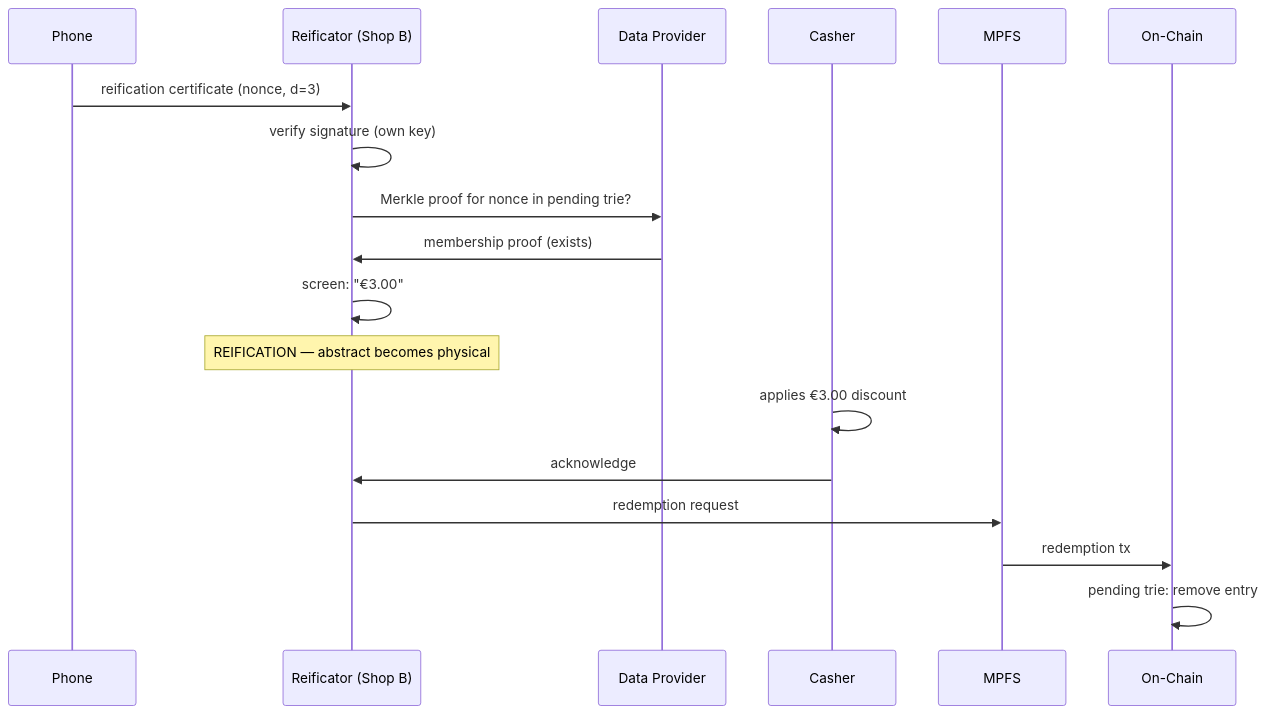
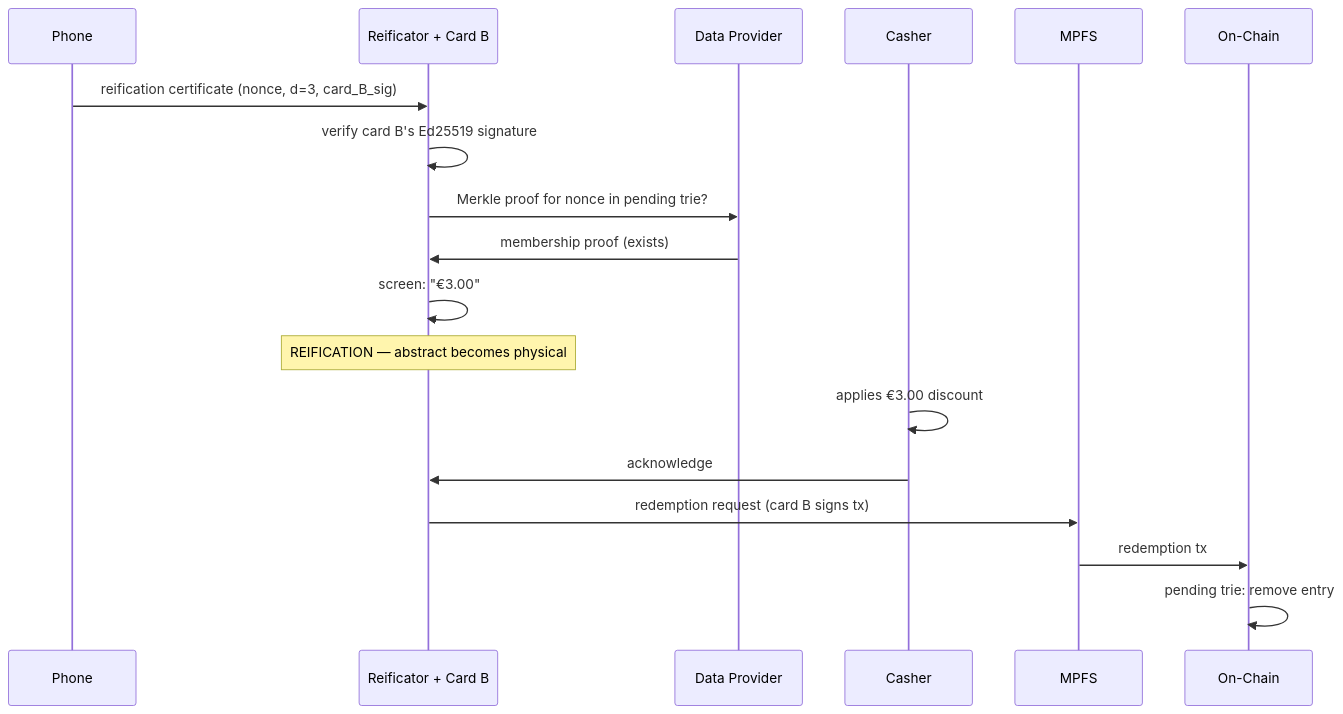
One commit to lambdasistemi/harvest changed the sixth of 8 diagrams in docs/protocol/lifecycle.md. Above: the diagram before and after it, drawn with Mermaid. The commit also changed other lines of this file and 9 other files, not shown here.

````diff
--- a/docs/protocol/lifecycle.md
+++ b/docs/protocol/lifecycle.md
@@ -120,21 +123,21 @@
 ```mermaid
 sequenceDiagram
     participant P as Phone
-    participant R as Reificator (Shop B)
+    participant R as Reificator + Card B
     participant DP as Data Provider
     participant C as Casher
     participant M as MPFS
     participant L1 as On-Chain
 
-    P->>R: reification certificate (nonce, d=3)
-    R->>R: verify signature (own key)
+    P->>R: reification certificate (nonce, d=3, card_B_sig)
+    R->>R: verify card B's Ed25519 signature
     R->>DP: Merkle proof for nonce in pending trie?
     DP->>R: membership proof (exists)
     R->>R: screen: "€3.00"
     Note over R: REIFICATION — abstract becomes physical
     C->>C: applies €3.00 discount
     C->>R: acknowledge
-    R->>M: redemption request
+    R->>M: redemption request (card B signs tx)
     M->>L1: redemption tx
     L1->>L1: pending trie: remove entry
 ```
````
